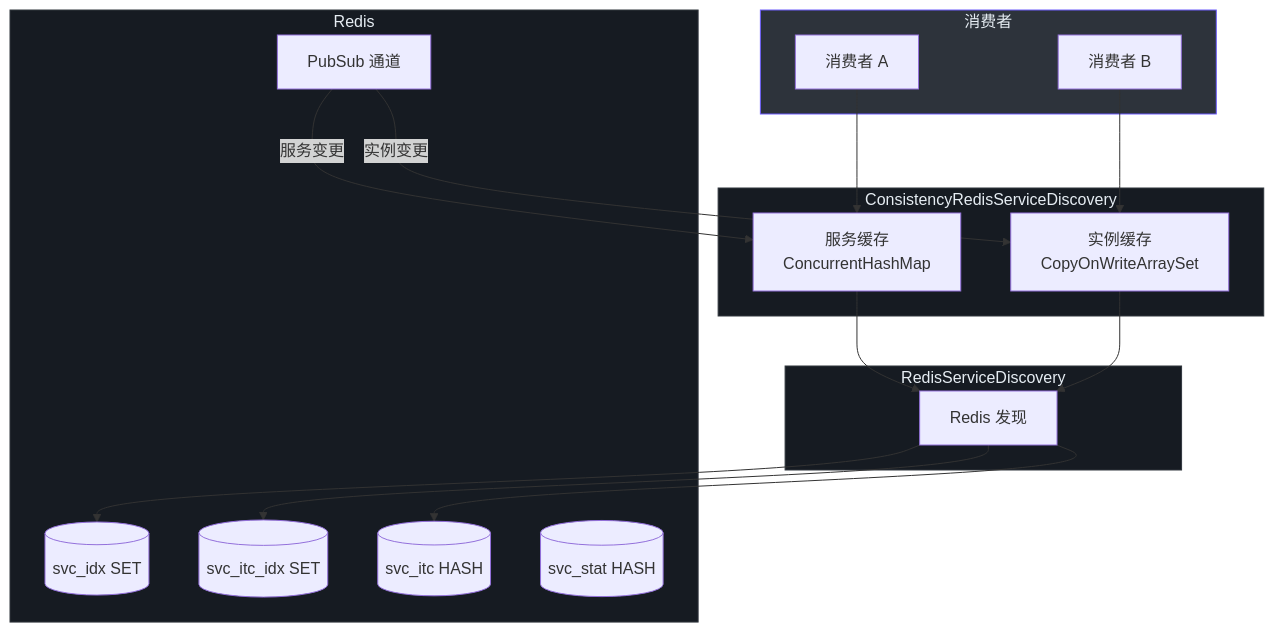
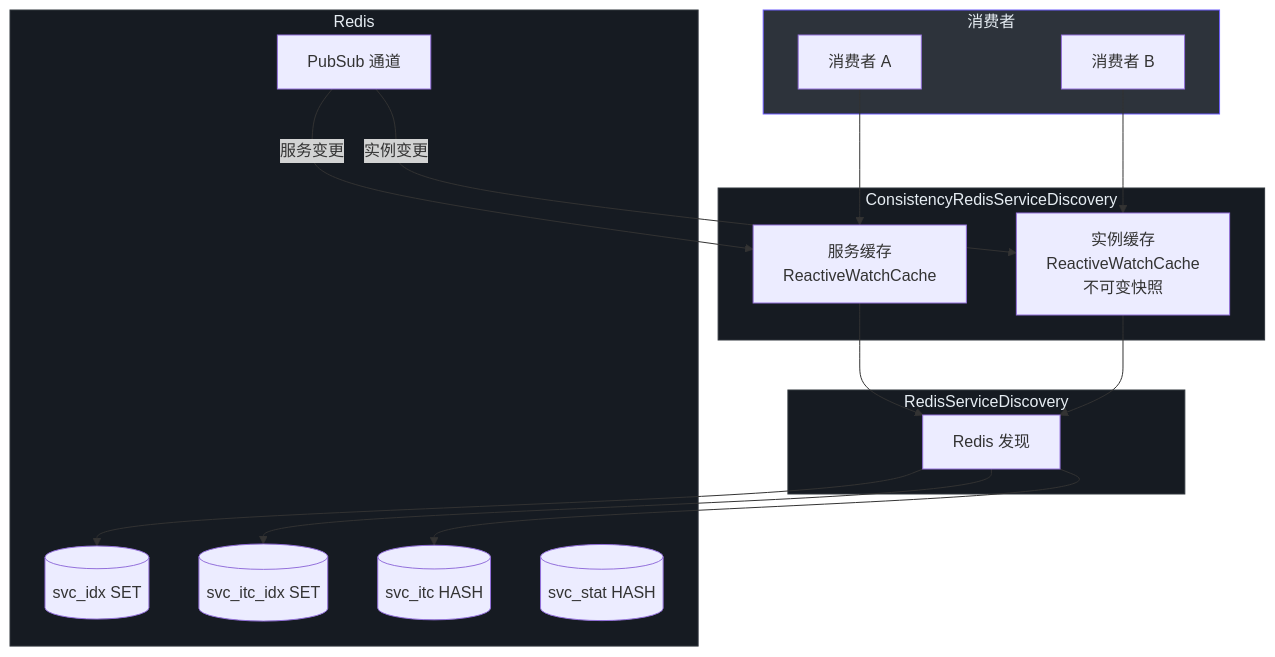
The fourth of 4 diagrams in wiki/zh/guide/service-discovery.md (Ahoo-Wang/CoSky), drawn with Mermaid before and after one commit. The commit also changed other lines of this file and 201 other files, not shown here.

First line of the commit message:
Architecture & quality overhaul: consistent caches, Lua modularization, expiry reaping, security hardening (#985)

````diff
--- a/wiki/zh/guide/service-discovery.md
+++ b/wiki/zh/guide/service-discovery.md
@@ -179,39 +180,39 @@
 ```mermaid
 flowchart TB
     subgraph Consumers["消费者"]
         C1[消费者 A]
         C2[消费者 B]
     end
 
     subgraph ConsistencyRedisServiceDiscovery
-        CS["服务缓存<br>ConcurrentHashMap"]
-        CI["实例缓存<br>CopyOnWriteArraySet"]
+        CS["服务缓存<br>ReactiveWatchCache"]
+        CI["实例缓存<br>ReactiveWatchCache<br>不可变快照"]
     end
 
     subgraph RedisServiceDiscovery
         RSD["Redis 发现"]
     end
 
     subgraph Redis
         IDX[(svc_idx SET)]
         ITC[(svc_itc_idx SET)]
         HASH[(svc_itc HASH)]
         STAT[(svc_stat HASH)]
         PUB[PubSub 通道]
     end
 
     C1 --> CS
     C2 --> CI
     CS --> RSD
     CI --> RSD
     RSD --> IDX
     RSD --> ITC
     RSD --> HASH
     PUB -->|服务变更| CS
     PUB -->|实例变更| CI
 
     style Consumers fill:#2d333b,stroke:#6d5dfc,color:#e6edf3
     style ConsistencyRedisServiceDiscovery fill:#161b22,stroke:#30363d,color:#e6edf3
     style RedisServiceDiscovery fill:#161b22,stroke:#30363d,color:#e6edf3
     style Redis fill:#161b22,stroke:#30363d,color:#e6edf3
 ```
````
